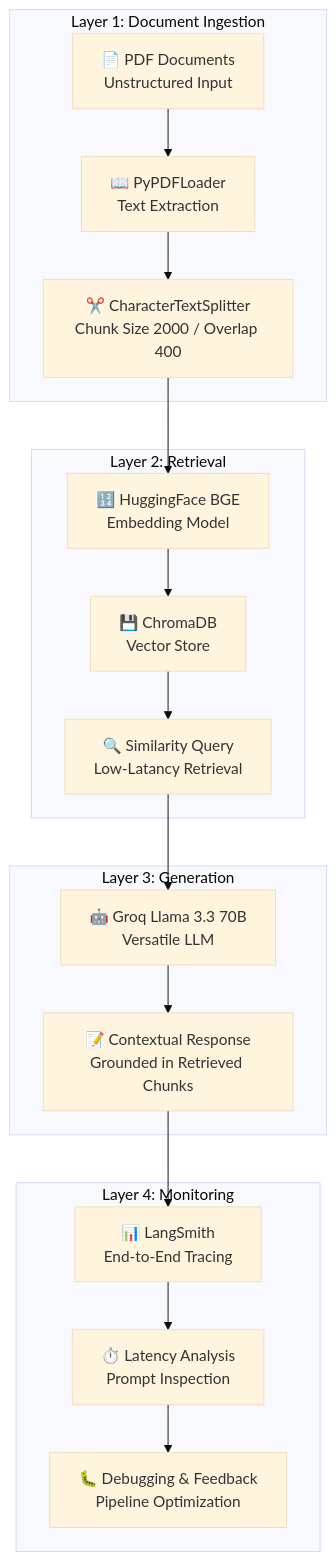
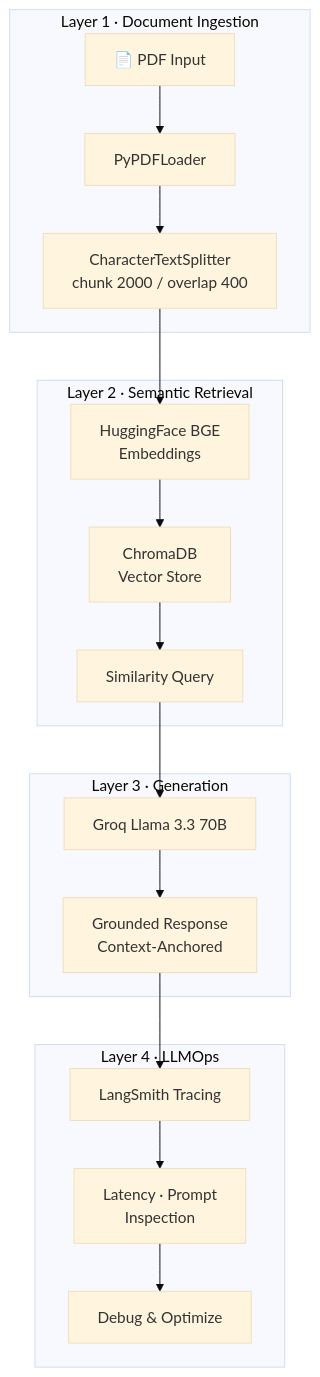
The second of 2 diagrams in README.md (VamshiKrishnaMacha/VamshiKrishnaMacha), drawn with Mermaid (base theme) before and after one commit. The commit also changed other lines of this file, not shown here.

````diff
--- a/README.md
+++ b/README.md
@@ -437,25 +260,21 @@
 ```mermaid
 graph TB
-    subgraph "Layer 1: Document Ingestion"
-        A1["📄 PDF Documents<br/>Unstructured Input"] --> A2["📖 PyPDFLoader<br/>Text Extraction"]
-        A2 --> A3["✂️ CharacterTextSplitter<br/>Chunk Size 2000 / Overlap 400"]
+    subgraph L1["Layer 1 · Document Ingestion"]
+        A1["📄 PDF Input"] --> A2["PyPDFLoader"]
+        A2 --> A3["CharacterTextSplitter<br/>chunk 2000 / overlap 400"]
     end
-
-    subgraph "Layer 2: Retrieval"
-        B1["🔢 HuggingFace BGE<br/>Embedding Model"] --> B2["💾 ChromaDB<br/>Vector Store"]
+    subgraph L2["Layer 2 · Semantic Retrieval"]
+        B1["HuggingFace BGE<br/>Embeddings"] --> B2["ChromaDB<br/>Vector Store"]
         A3 --> B1
-        B2 --> B3["🔍 Similarity Query<br/>Low-Latancy Retrieval"]
+        B2 --> B3["Similarity Query"]
     end
-
-    subgraph "Layer 3: Generation"
-        C1["🤖 Groq Llama 3.3 70B<br/>Versatile LLM"] --> C2["📝 Contextual Response<br/>Grounded in Retrieved Chunks"]
+    subgraph L3["Layer 3 · Generation"]
+        C1["Groq Llama 3.3 70B"] --> C2["Grounded Response<br/>Context-Anchored"]
         B3 --> C1
     end
-
-    subgraph "Layer 4: Monitoring"
-        D1["📊 LangSmith<br/>End-to-End Tracing"] --> D2["⏱️ Latency Analysis<br/>Prompt Inspection"]
-        D2 --> D3["🐛 Debugging & Feedback<br/>Pipeline Optimization"]
+    subgraph L4["Layer 4 · LLMOps"]
+        D1["LangSmith Tracing"] --> D2["Latency · Prompt<br/>Inspection"]
+        D2 --> D3["Debug & Optimize"]
     end
-
     C2 --> D1
 ```
````
